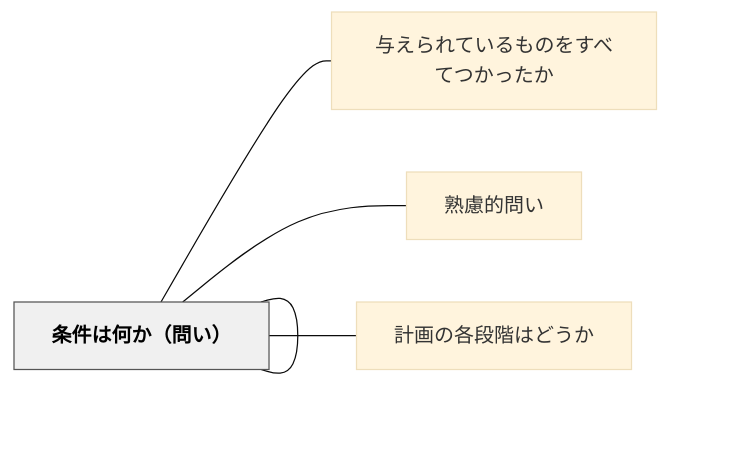
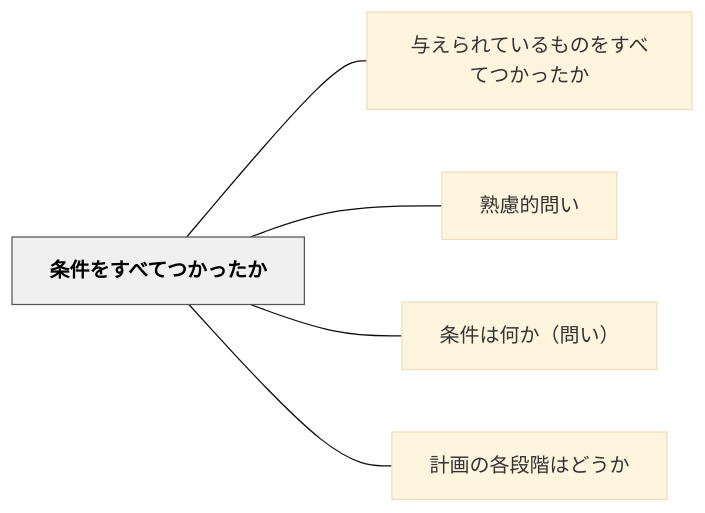
The diagram in content/パタン/条件をすべてつかったか.md (unknownthings-ed-patterns/unknownthings-ed-patterns), drawn with Mermaid (base theme) before and after one commit. The commit also changed 527 other files, not shown here.

````diff
--- a/content/パタン/条件をすべてつかったか.md
+++ b/content/パタン/条件をすべてつかったか.md
@@ -42,16 +42,16 @@
 ```mermaid
 flowchart LR
-    ne69da1e4bbb6["条件をすべてつかったか"]
-    ne4b88ee38188["与えられているものをすべてつかったか"]
-    ne7869fe685ae["熟慮的問い"]
-    ne69da1e4bbb6["条件は何か（問い）"]
-    ne8a888e794bb["計画の各段階はどうか"]
+    ne69da1e4bbb6e38292e38199e381b9e381a6e381a4e3818be381a3e3819fe3818b["条件をすべてつかったか"]
+    ne4b88ee38188e38289e3828ce381a6e38184e3828be38282e381aee38292e38199e381b9e381a6e381a4e3818be381a3e3819fe3818b["与えられているものをすべてつかったか"]
+    ne7869fe685aee79a84e5958fe38184["熟慮的問い"]
+    ne69da1e4bbb6e381afe4bd95e3818befbc88e5958fe38184efbc89["条件は何か（問い）"]
+    ne8a888e794bbe381aee59084e6aeb5e99a8ee381afe381a9e38186e3818b["計画の各段階はどうか"]
 
-    ne69da1e4bbb6 --- ne4b88ee38188
-    ne69da1e4bbb6 --- ne7869fe685ae
-    ne69da1e4bbb6 --- ne69da1e4bbb6
-    ne69da1e4bbb6 --- ne8a888e794bb
+    ne69da1e4bbb6e38292e38199e381b9e381a6e381a4e3818be381a3e3819fe3818b --- ne4b88ee38188e38289e3828ce381a6e38184e3828be38282e381aee38292e38199e381b9e381a6e381a4e3818be381a3e3819fe3818b
+    ne69da1e4bbb6e38292e38199e381b9e381a6e381a4e3818be381a3e3819fe3818b --- ne7869fe685aee79a84e5958fe38184
+    ne69da1e4bbb6e38292e38199e381b9e381a6e381a4e3818be381a3e3819fe3818b --- ne69da1e4bbb6e381afe4bd95e3818befbc88e5958fe38184efbc89
+    ne69da1e4bbb6e38292e38199e381b9e381a6e381a4e3818be381a3e3819fe3818b --- ne8a888e794bbe381aee59084e6aeb5e99a8ee381afe381a9e38186e3818b
 
     classDef hub fill:#f0f0f0,stroke:#555,color:#000,font-weight:bold
-    class ne69da1e4bbb6 hub
+    class ne69da1e4bbb6e38292e38199e381b9e381a6e381a4e3818be381a3e3819fe3818b hub
 ```
````
